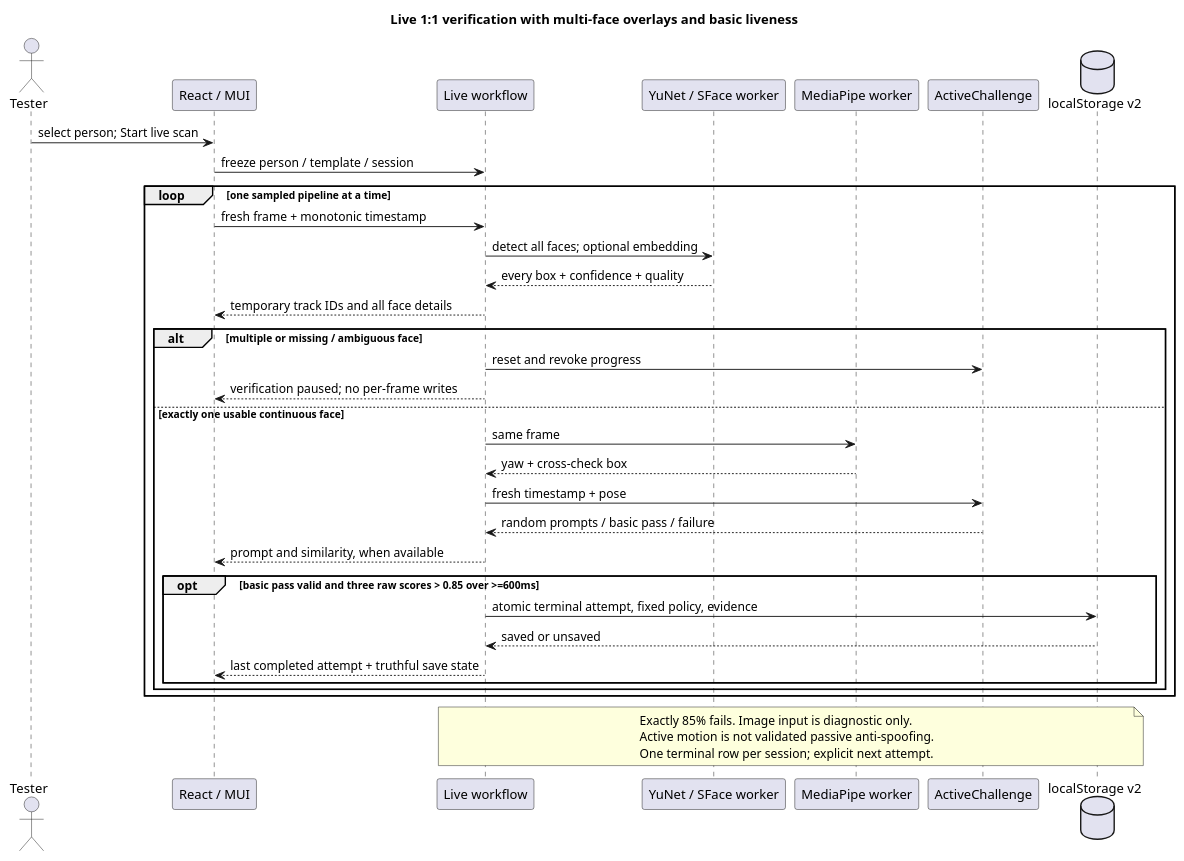
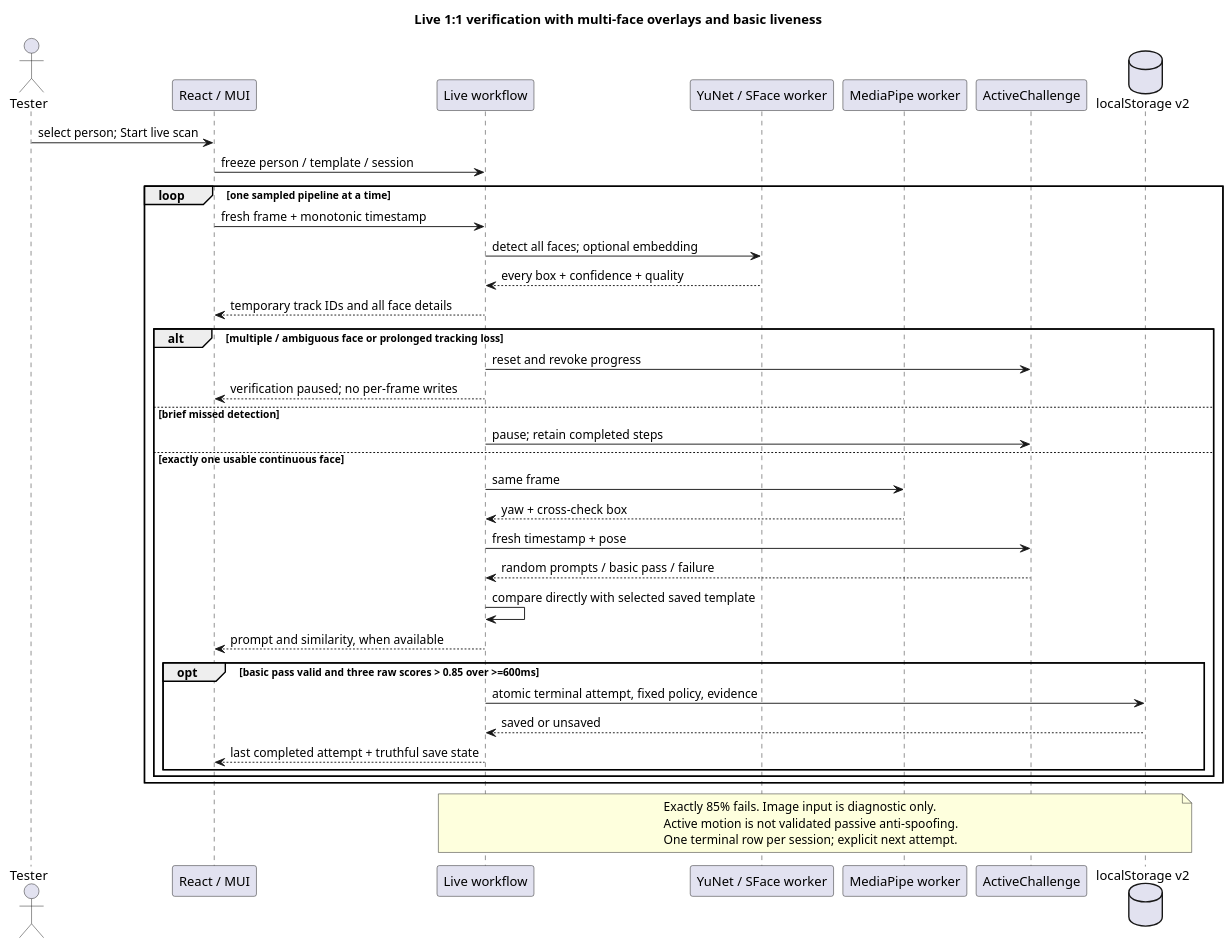
One commit to pixelDigitTony/face-recog-prototype changed the fifth of 8 diagrams in docs/STK_FACE_RECOGNITION_PROTOTYPE_UML.puml. Above: the diagram before and after it, drawn with PlantUML. The commit also changed other lines of this file and 40 other files, not shown here.

```diff
--- a/docs/STK_FACE_RECOGNITION_PROTOTYPE_UML.puml
+++ b/docs/STK_FACE_RECOGNITION_PROTOTYPE_UML.puml
@@ -339,39 +362,42 @@
 @startuml stk_live_face_sequence
 title Live 1:1 verification with multi-face overlays and basic liveness
 skinparam shadowing false
 actor Tester
 participant "React / MUI" as UI
 participant "Live workflow" as Live
 participant "YuNet / SFace worker" as Recognition
 participant "MediaPipe worker" as Pose
 participant "ActiveChallenge" as Challenge
 database "localStorage v2" as DB
 Tester -> UI : select person; Start live scan
 UI -> Live : freeze person / template / session
 loop one sampled pipeline at a time
   UI -> Live : fresh frame + monotonic timestamp
   Live -> Recognition : detect all faces; optional embedding
   Recognition --> Live : every box + confidence + quality
   Live --> UI : temporary track IDs and all face details
-  alt multiple or missing / ambiguous face
+  alt multiple / ambiguous face or prolonged tracking loss
     Live -> Challenge : reset and revoke progress
     Live --> UI : verification paused; no per-frame writes
+  else brief missed detection
+    Live -> Challenge : pause; retain completed steps
   else exactly one usable continuous face
     Live -> Pose : same frame
     Pose --> Live : yaw + cross-check box
     Live -> Challenge : fresh timestamp + pose
     Challenge --> Live : random prompts / basic pass / failure
+    Live -> Live : compare directly with selected saved template
     Live --> UI : prompt and similarity, when available
     opt basic pass valid and three raw scores > 0.85 over >=600ms
       Live -> DB : atomic terminal attempt, fixed policy, evidence
       DB --> Live : saved or unsaved
       Live --> UI : last completed attempt + truthful save state
     end
   end
 end
 note over Live, DB
   Exactly 85% fails. Image input is diagnostic only.
   Active motion is not validated passive anti-spoofing.
   One terminal row per session; explicit next attempt.
 end note
 @enduml
```
